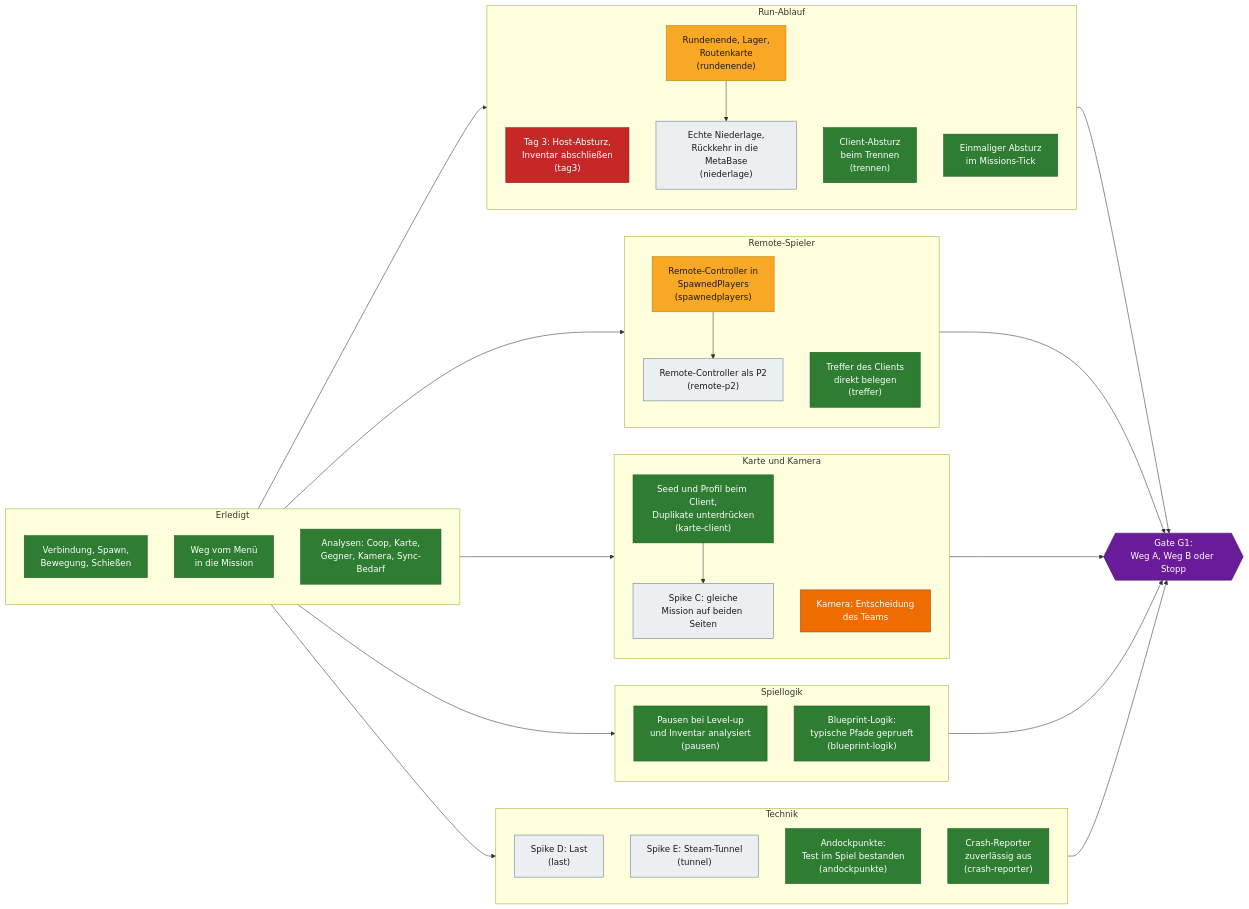
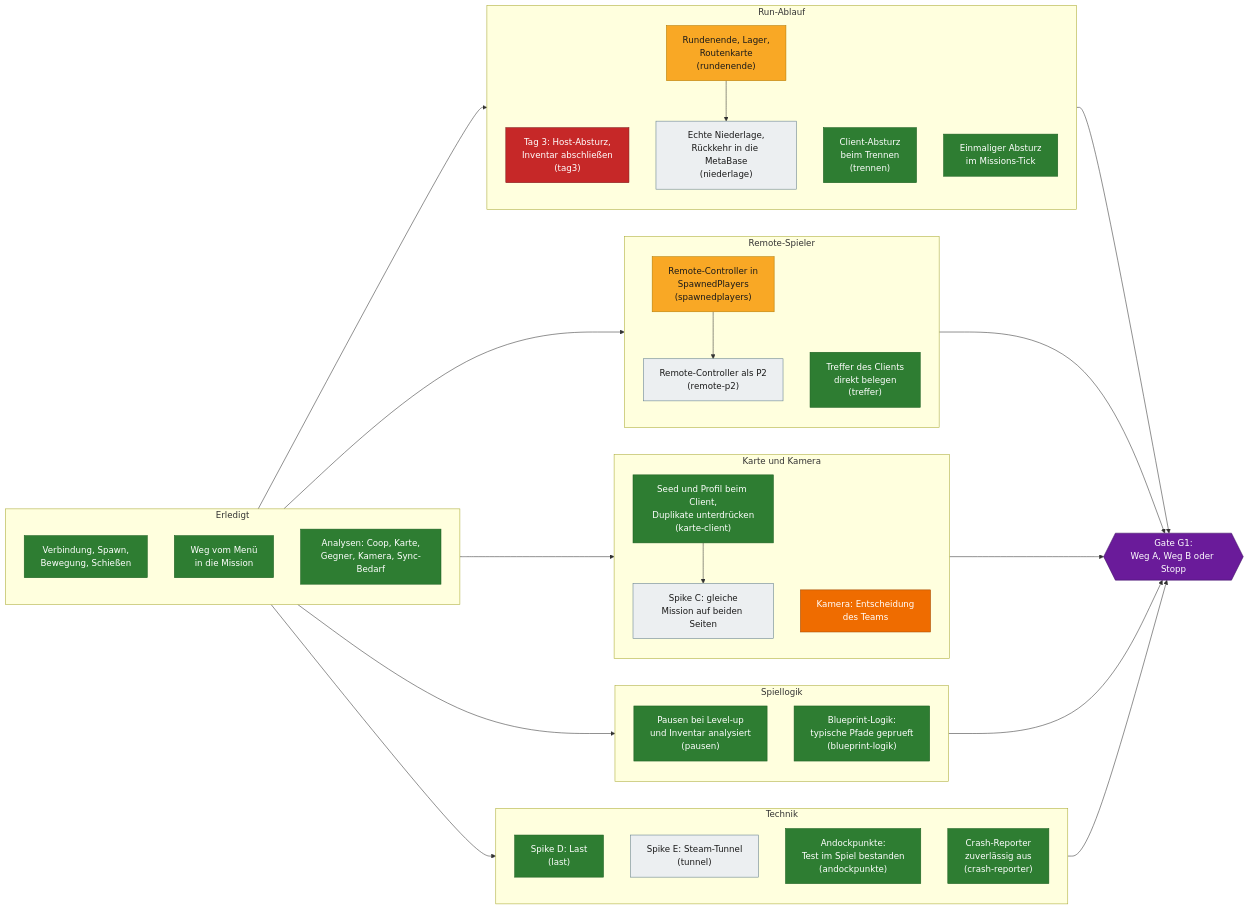
One commit to VitaminStack/Deadly-Days-Roadtrip-Multiplayer-Mod changed the second of 4 diagrams in docs/ROADMAP.md. Above: the diagram before and after it, drawn with Mermaid. The commit also changed 10 other files, not shown here.

First line of the commit message:
last: Spike D gemessen, 47 KB/s bei rund 85 Gegnern (#48)

````diff
--- a/docs/ROADMAP.md
+++ b/docs/ROADMAP.md
@@ -73,64 +73,64 @@
 ```mermaid
 flowchart LR
     subgraph BASIS["Erledigt"]
         A1["Verbindung, Spawn,<br/>Bewegung, Schießen"]:::done
         A2["Weg vom Menü<br/>in die Mission"]:::done
         A3["Analysen: Coop, Karte,<br/>Gegner, Kamera, Sync-Bedarf"]:::done
     end
 
     subgraph RUN["Run-Ablauf"]
         T3["Tag 3: Host-Absturz,<br/>Inventar abschließen<br/>(tag3)"]:::blocker
         RE["Rundenende, Lager,<br/>Routenkarte<br/>(rundenende)"]:::wip
         NI["Echte Niederlage,<br/>Rückkehr in die MetaBase<br/>(niederlage)"]:::open
         TR["Client-Absturz<br/>beim Trennen<br/>(trennen)"]:::done
         MT["Einmaliger Absturz<br/>im Missions-Tick"]:::done
         RE --> NI
     end
 
     subgraph SPIELER["Remote-Spieler"]
         SP["Remote-Controller in<br/>SpawnedPlayers<br/>(spawnedplayers)"]:::wip
         RP["Remote-Controller als P2<br/>(remote-p2)"]:::open
         TF["Treffer des Clients<br/>direkt belegen<br/>(treffer)"]:::done
         SP --> RP
     end
 
     subgraph WELT["Karte und Kamera"]
         KC["Seed und Profil beim Client,<br/>Duplikate unterdrücken<br/>(karte-client)"]:::done
         SC["Spike C: gleiche<br/>Mission auf beiden Seiten"]:::open
         KE["Kamera: Entscheidung<br/>des Teams"]:::decision
         KC --> SC
     end
 
     subgraph LOGIK["Spiellogik"]
         PA["Pausen bei Level-up<br/>und Inventar analysiert<br/>(pausen)"]:::done
         BP["Blueprint-Logik:<br/>typische Pfade geprueft<br/>(blueprint-logik)"]:::done
     end
 
     subgraph TECHNIK["Technik"]
-        LA["Spike D: Last<br/>(last)"]:::open
+        LA["Spike D: Last<br/>(last)"]:::done
         TU["Spike E: Steam-Tunnel<br/>(tunnel)"]:::open
         AP["Andockpunkte:<br/>Test im Spiel bestanden<br/>(andockpunkte)"]:::done
         CR["Crash-Reporter<br/>zuverlässig aus<br/>(crash-reporter)"]:::done
     end
 
     BASIS --> RUN
     BASIS --> SPIELER
     BASIS --> WELT
     BASIS --> LOGIK
     BASIS --> TECHNIK
 
     RUN --> G1
     SPIELER --> G1
     WELT --> G1
     LOGIK --> G1
     TECHNIK --> G1
 
     G1{{"Gate G1:<br/>Weg A, Weg B oder Stopp"}}:::gate
 
     classDef done fill:#2e7d32,stroke:#1b5e20,color:#ffffff
     classDef wip fill:#f9a825,stroke:#b27a00,color:#1a1a1a
     classDef open fill:#eceff1,stroke:#607d8b,color:#1a1a1a
     classDef blocker fill:#c62828,stroke:#7f1d1d,color:#ffffff
     classDef decision fill:#ef6c00,stroke:#a34800,color:#ffffff
     classDef gate fill:#6a1b9a,stroke:#3e1163,color:#ffffff
 ```
````
